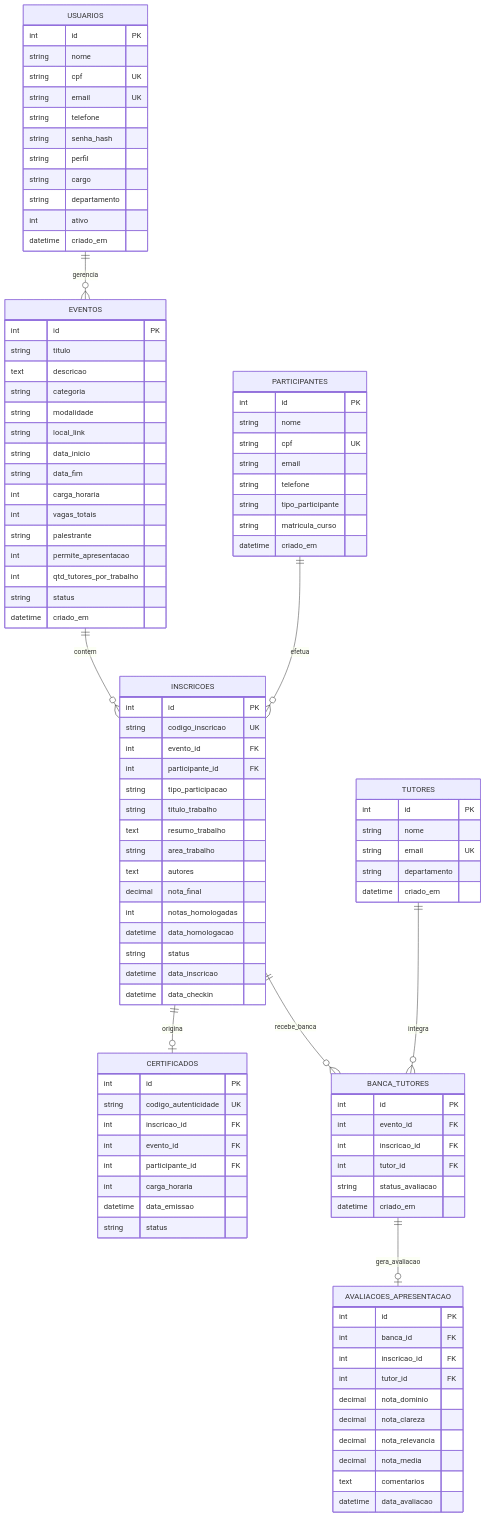
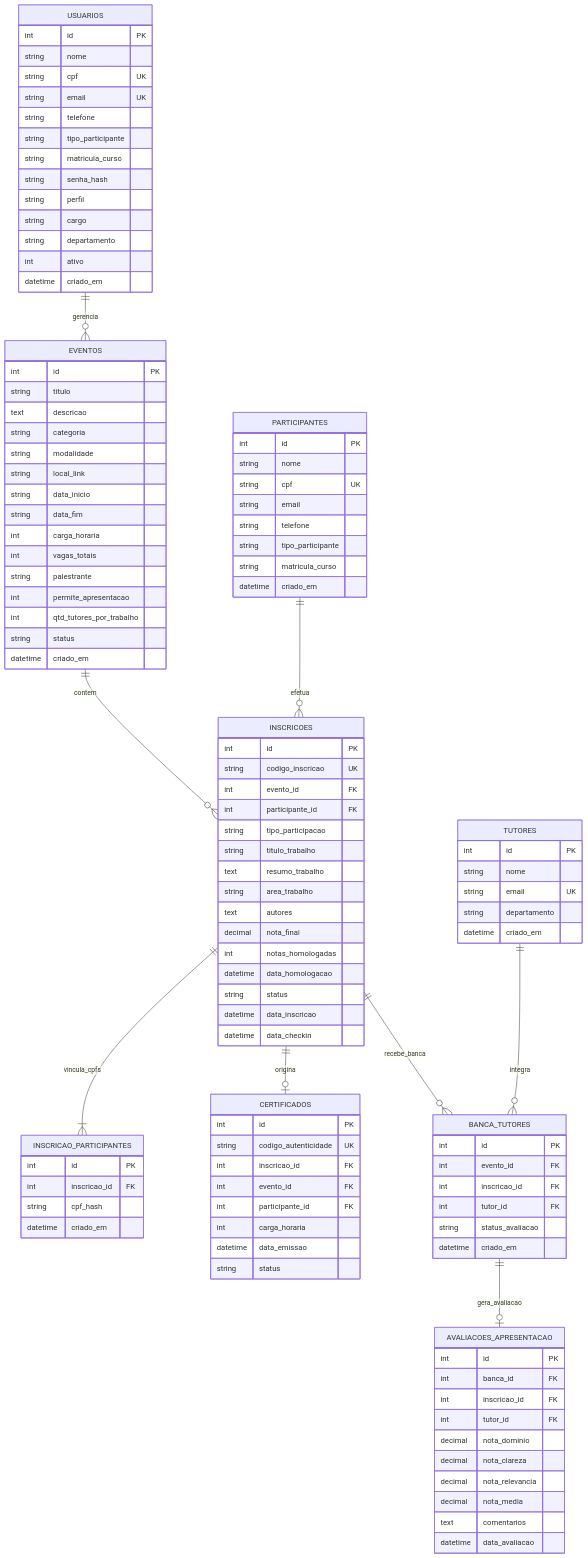
The second of 2 diagrams in documentos/entidades/README.md (eduardomotoboy/Eventos), drawn with Mermaid before and after one commit. The commit also changed other lines of this file and 12 other files, not shown here.

```diff
--- a/documentos/entidades/README.md
+++ b/documentos/entidades/README.md
@@ -138,6 +148,7 @@
     USUARIOS ||--o{ EVENTOS : "gerencia"
     EVENTOS ||--o{ INSCRICOES : "contem"
     PARTICIPANTES ||--o{ INSCRICOES : "efetua"
+    INSCRICOES ||--|{ INSCRICAO_PARTICIPANTES : "vincula_cpfs"
     INSCRICOES ||--o| CERTIFICADOS : "origina"
     INSCRICOES ||--o{ BANCA_TUTORES : "recebe_banca"
     TUTORES ||--o{ BANCA_TUTORES : "integra"
@@ -149,6 +160,8 @@
         string cpf UK
         string email UK
         string telefone
+        string tipo_participante
+        string matricula_curso
         string senha_hash
         string perfil
         string cargo
@@ -212,6 +225,13 @@
         datetime data_checkin
     }
 
+    INSCRICAO_PARTICIPANTES {
+        int id PK
+        int inscricao_id FK
+        string cpf_hash
+        datetime criado_em
+    }
+
     BANCA_TUTORES {
         int id PK
         int evento_id FK
```
